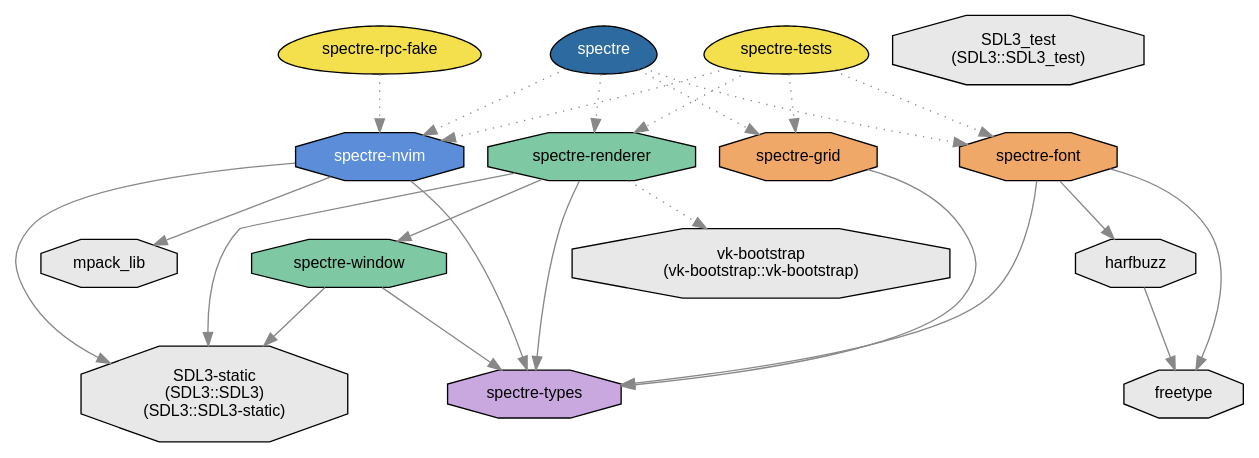
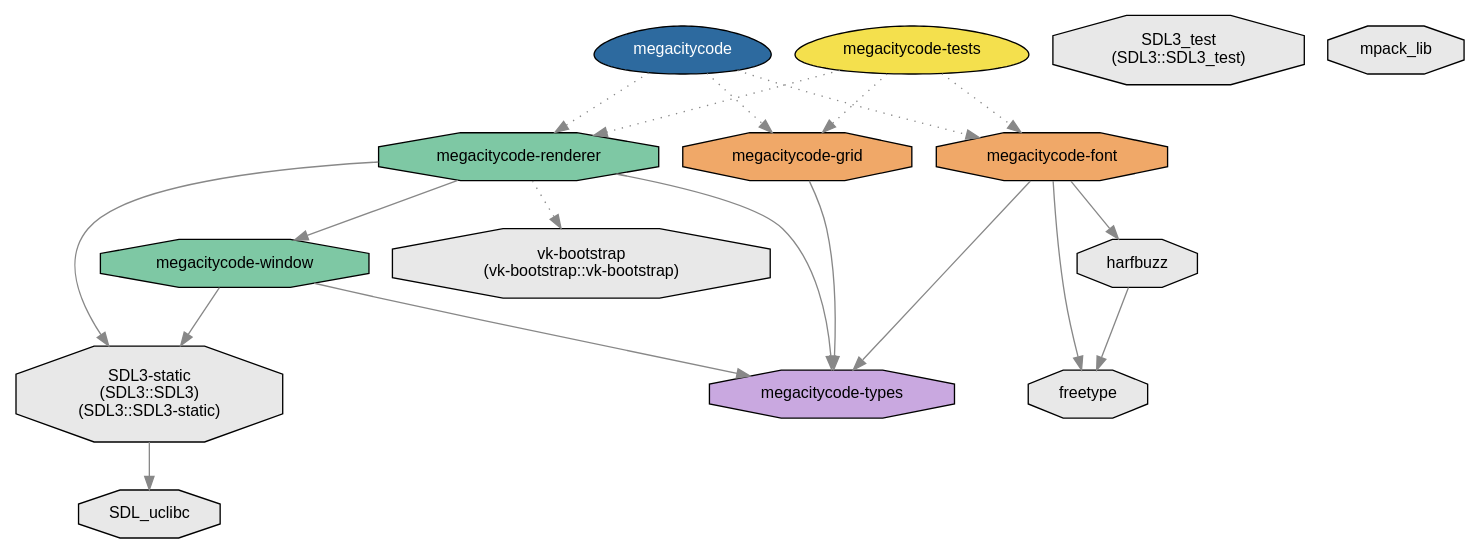
Before and after one commit to cmaughan/MegaCityCode: the diagram in docs/deps/deps_filtered.dot, drawn with Graphviz. The commit also changed 185 other files, not shown here.

```diff
--- a/docs/deps/deps_filtered.dot
+++ b/docs/deps/deps_filtered.dot
@@ -1,46 +1,40 @@
-digraph "spectre" {
+digraph "megacitycode" {
     node [style=filled, fontname="Helvetica"]
     edge [color="#888888"]
 node [
   fontsize = "12"
 ];
 
     "node0" [ label = "SDL3-static\n(SDL3::SDL3)\n(SDL3::SDL3-static)", shape = octagon, fillcolor="#e8e8e8", fontcolor="black" ];
+    "node1" [ label = "SDL_uclibc", shape = octagon, fillcolor="#e8e8e8", fontcolor="black" ];
+    "node0" -> "node1"  // SDL3-static -> SDL_uclibc
     "node2" [ label = "SDL3_test\n(SDL3::SDL3_test)", shape = octagon, fillcolor="#e8e8e8", fontcolor="black" ];
     "node3" [ label = "freetype", shape = octagon, fillcolor="#e8e8e8", fontcolor="black" ];
     "node4" [ label = "harfbuzz", shape = octagon, fillcolor="#e8e8e8", fontcolor="black" ];
     "node4" -> "node3"  // harfbuzz -> freetype
-    "node5" [ label = "mpack_lib", shape = octagon, fillcolor="#e8e8e8", fontcolor="black" ];
-    "node6" [ label = "spectre", shape = egg, fillcolor="#2d6a9f", fontcolor="white" ];
-    "node7" [ label = "spectre-font", shape = octagon, fillcolor="#f0a868", fontcolor="black" ];
-    "node7" -> "node3"  // spectre-font -> freetype
-    "node7" -> "node4"  // spectre-font -> harfbuzz
-    "node8" [ label = "spectre-types", shape = octagon, fillcolor="#c9a8e0", fontcolor="black" ];
-    "node7" -> "node8"  // spectre-font -> spectre-types
-    "node6" -> "node7" [ style = dotted ] // spectre -> spectre-font
-    "node9" [ label = "spectre-grid", shape = octagon, fillcolor="#f0a868", fontcolor="black" ];
-    "node9" -> "node8"  // spectre-grid -> spectre-types
-    "node6" -> "node9" [ style = dotted ] // spectre -> spectre-grid
-    "node10" [ label = "spectre-nvim", shape = octagon, fillcolor="#5b8dd9", fontcolor="white" ];
-    "node10" -> "node0"  // spectre-nvim -> SDL3-static
-    "node10" -> "node5"  // spectre-nvim -> mpack_lib
-    "node10" -> "node8"  // spectre-nvim -> spectre-types
-    "node6" -> "node10" [ style = dotted ] // spectre -> spectre-nvim
-    "node11" [ label = "spectre-renderer", shape = octagon, fillcolor="#7ec8a4", fontcolor="black" ];
-    "node11" -> "node0"  // spectre-renderer -> SDL3-static
-    "node11" -> "node8"  // spectre-renderer -> spectre-types
-    "node12" [ label = "spectre-window", shape = octagon, fillcolor="#7ec8a4", fontcolor="black" ];
-    "node12" -> "node0"  // spectre-window -> SDL3-static
-    "node12" -> "node8"  // spectre-window -> spectre-types
-    "node11" -> "node12"  // spectre-renderer -> spectre-window
-    "node13" [ label = "vk-bootstrap\n(vk-bootstrap::vk-bootstrap)", shape = octagon, fillcolor="#e8e8e8", fontcolor="black" ];
-    "node11" -> "node13" [ style = dotted ] // spectre-renderer -> vk-bootstrap
-    "node6" -> "node11" [ style = dotted ] // spectre -> spectre-renderer
-    "node14" [ label = "spectre-rpc-fake", shape = egg, fillcolor="#f4e04d", fontcolor="black" ];
-    "node14" -> "node10" [ style = dotted ] // spectre-rpc-fake -> spectre-nvim
-    "node15" [ label = "spectre-tests", shape = egg, fillcolor="#f4e04d", fontcolor="black" ];
-    "node15" -> "node7" [ style = dotted ] // spectre-tests -> spectre-font
-    "node15" -> "node9" [ style = dotted ] // spectre-tests -> spectre-grid
-    "node15" -> "node10" [ style = dotted ] // spectre-tests -> spectre-nvim
-    "node15" -> "node11" [ style = dotted ] // spectre-tests -> spectre-renderer
+    "node5" [ label = "megacitycode", shape = egg, fillcolor="#2d6a9f", fontcolor="white" ];
+    "node6" [ label = "megacitycode-font", shape = octagon, fillcolor="#f0a868", fontcolor="black" ];
+    "node6" -> "node3"  // megacitycode-font -> freetype
+    "node6" -> "node4"  // megacitycode-font -> harfbuzz
+    "node7" [ label = "megacitycode-types", shape = octagon, fillcolor="#c9a8e0", fontcolor="black" ];
+    "node6" -> "node7"  // megacitycode-font -> megacitycode-types
+    "node5" -> "node6" [ style = dotted ] // megacitycode -> megacitycode-font
+    "node8" [ label = "megacitycode-grid", shape = octagon, fillcolor="#f0a868", fontcolor="black" ];
+    "node8" -> "node7"  // megacitycode-grid -> megacitycode-types
+    "node5" -> "node8" [ style = dotted ] // megacitycode -> megacitycode-grid
+    "node9" [ label = "megacitycode-renderer", shape = octagon, fillcolor="#7ec8a4", fontcolor="black" ];
+    "node9" -> "node0"  // megacitycode-renderer -> SDL3-static
+    "node9" -> "node7"  // megacitycode-renderer -> megacitycode-types
+    "node10" [ label = "megacitycode-window", shape = octagon, fillcolor="#7ec8a4", fontcolor="black" ];
+    "node10" -> "node0"  // megacitycode-window -> SDL3-static
+    "node10" -> "node7"  // megacitycode-window -> megacitycode-types
+    "node9" -> "node10"  // megacitycode-renderer -> megacitycode-window
+    "node11" [ label = "vk-bootstrap\n(vk-bootstrap::vk-bootstrap)", shape = octagon, fillcolor="#e8e8e8", fontcolor="black" ];
+    "node9" -> "node11" [ style = dotted ] // megacitycode-renderer -> vk-bootstrap
+    "node5" -> "node9" [ style = dotted ] // megacitycode -> megacitycode-renderer
+    "node12" [ label = "megacitycode-tests", shape = egg, fillcolor="#f4e04d", fontcolor="black" ];
+    "node12" -> "node6" [ style = dotted ] // megacitycode-tests -> megacitycode-font
+    "node12" -> "node8" [ style = dotted ] // megacitycode-tests -> megacitycode-grid
+    "node12" -> "node9" [ style = dotted ] // megacitycode-tests -> megacitycode-renderer
+    "node13" [ label = "mpack_lib", shape = octagon, fillcolor="#e8e8e8", fontcolor="black" ];
 }
```
